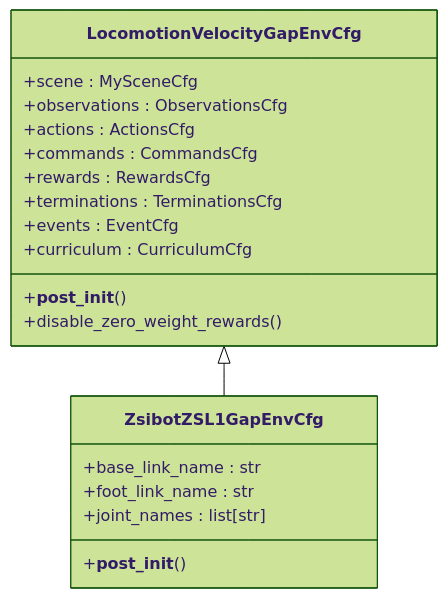
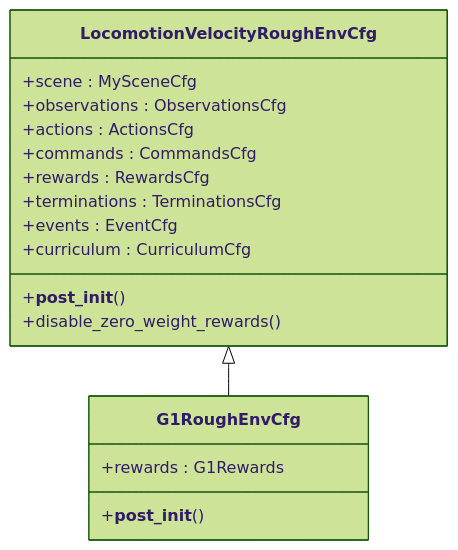
Before and after one commit to jayjayhust/robot_lab: the fourth of 6 diagrams in .qoder/repowiki/en/content/Task Configuration Framework/Velocity-Based Locomotion Tasks/Gap Traversal Capabilities.md, drawn with Mermaid (forest theme). The commit also changed other lines of this file and 14 other files, not shown here.

````diff
--- a/.qoder/repowiki/en/content/Task Configuration Framework/Velocity-Based Locomotion Tasks/Gap Traversal Capabilities.md
+++ b/.qoder/repowiki/en/content/Task Configuration Framework/Velocity-Based Locomotion Tasks/Gap Traversal Capabilities.md
@@ -142,22 +159,20 @@
 ```mermaid
 classDiagram
-class LocomotionVelocityGapEnvCfg {
+class LocomotionVelocityRoughEnvCfg {
 +scene : MySceneCfg
 +observations : ObservationsCfg
 +actions : ActionsCfg
 +commands : CommandsCfg
 +rewards : RewardsCfg
 +terminations : TerminationsCfg
 +events : EventCfg
 +curriculum : CurriculumCfg
 +__post_init__()
 +disable_zero_weight_rewards()
 }
-class ZsibotZSL1GapEnvCfg {
-+base_link_name : str
-+foot_link_name : str
-+joint_names : list[str]
+class G1RoughEnvCfg {
++rewards : G1Rewards
 +__post_init__()
 }
-LocomotionVelocityGapEnvCfg <|-- ZsibotZSL1GapEnvCfg
+LocomotionVelocityRoughEnvCfg <|-- G1RoughEnvCfg
 ```
````
